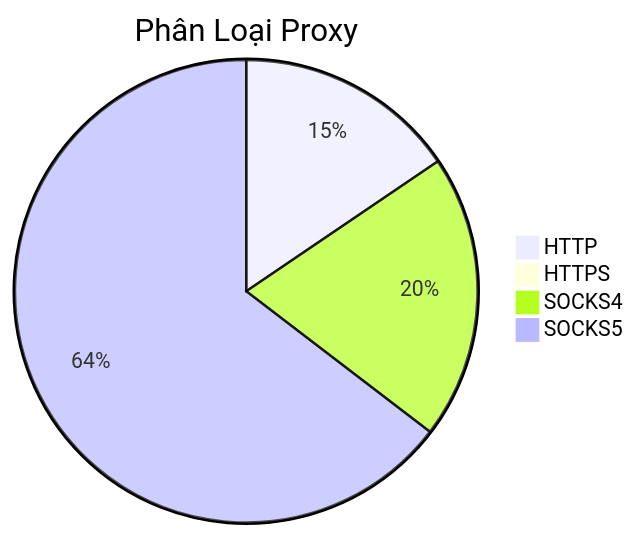
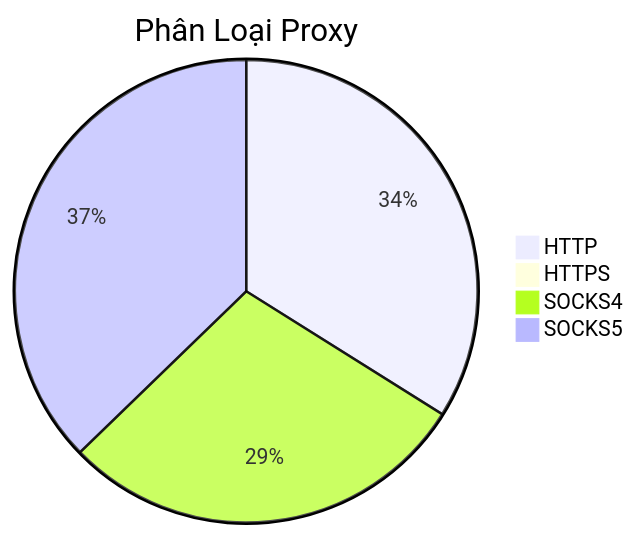
One commit to Ciara-Aa/PROXY-free changed the diagram in README.md. Above: the diagram before and after it, drawn with Mermaid. The commit also changed other lines of this file and 4 other files, not shown here.

````diff
--- a/README.md
+++ b/README.md
@@ -26,7 +26,7 @@
 ```mermaid
 pie title Phân Loại Proxy
-    "HTTP" : 291
-    "HTTPS" : 4
-    "SOCKS4" : 373
-    "SOCKS5" : 1212
+    "HTTP" : 367
+    "HTTPS" : 3
+    "SOCKS4" : 312
+    "SOCKS5" : 403
 ```
````
